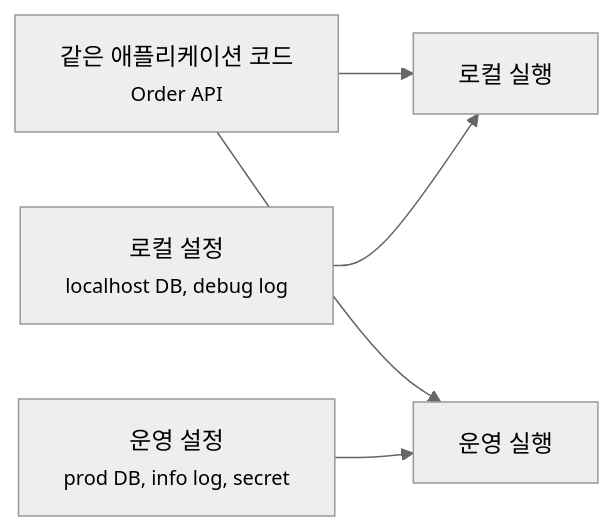
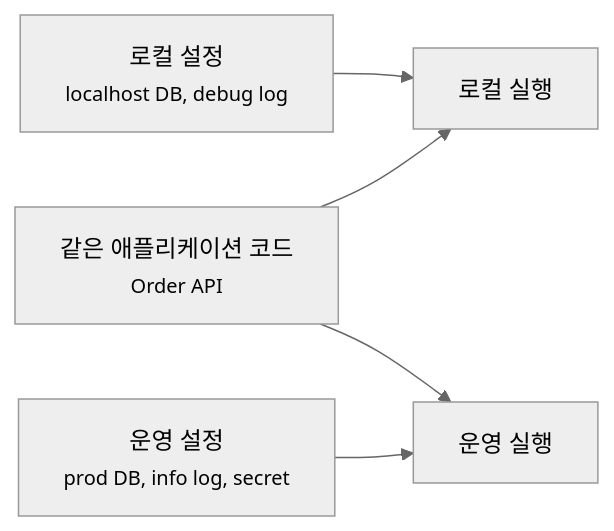
One commit to kmj8843/blog changed the first of 5 diagrams in docs/spring-boot/configuration-properties-profiles-and-secrets.md. Above: the diagram before and after it, drawn with Mermaid (neutral theme). The commit also changed 3 other files, not shown here.

````diff
--- a/docs/spring-boot/configuration-properties-profiles-and-secrets.md
+++ b/docs/spring-boot/configuration-properties-profiles-and-secrets.md
@@ -76,13 +76,13 @@
 ```mermaid
 flowchart LR
-    A[같은 애플리케이션 코드<br/><small>Order API</small>]
-    B[로컬 설정<br/><small>localhost DB, debug log</small>]
+    A[로컬 설정<br/><small>localhost DB, debug log</small>]
+    B[같은 애플리케이션 코드<br/><small>Order API</small>]
     C[운영 설정<br/><small>prod DB, info log, secret</small>]
     D[로컬 실행]
     E[운영 실행]
 
     A --> D
-    A --> E
     B --> D
+    B --> E
     C --> E
 ```
````
